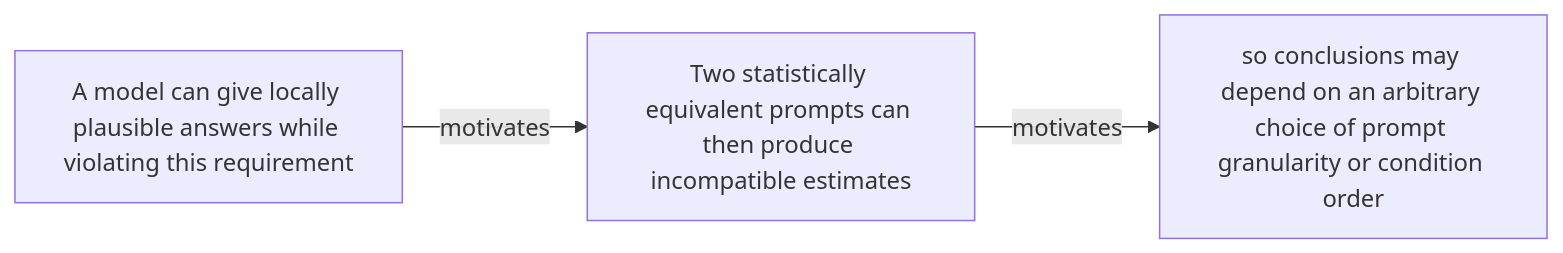
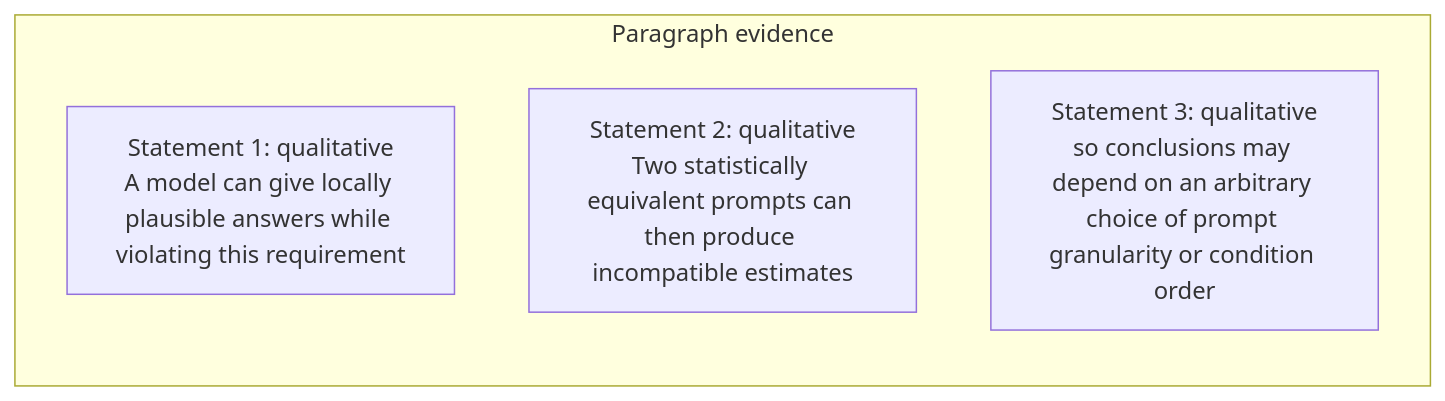
Before and after one commit to Betancourt1/paper_atlas: the fourth of 48 diagrams in docs/visual-manifests/VISUAL_MANIFEST_PARTITION_PROMPT_AGGREGATE.md, drawn with Mermaid. The commit also changed other lines of this file and 7 other files, not shown here.

````diff
--- a/docs/visual-manifests/VISUAL_MANIFEST_PARTITION_PROMPT_AGGREGATE.md
+++ b/docs/visual-manifests/VISUAL_MANIFEST_PARTITION_PROMPT_AGGREGATE.md
@@ -293,8 +321,8 @@
 ```mermaid
 flowchart LR
-  n1["A model can give locally plausible answers while violating this requirement"]
-  n2["Two statistically equivalent prompts can then produce incompatible estimates"]
-  n3["so conclusions may depend on an arbitrary choice of prompt granularity or condition order"]
-  n1 -->|"motivates"| n2
-  n2 -->|"motivates"| n3
+  subgraph p1["Paragraph evidence"]
+    p1r1["Statement 1: qualitative<br/>A model can give locally plausible answers while violating this requirement"]
+    p1r2["Statement 2: qualitative<br/>Two statistically equivalent prompts can then produce incompatible estimates"]
+    p1r3["Statement 3: qualitative<br/>so conclusions may depend on an arbitrary choice of prompt granularity or condition order"]
+  end
 ```
````
